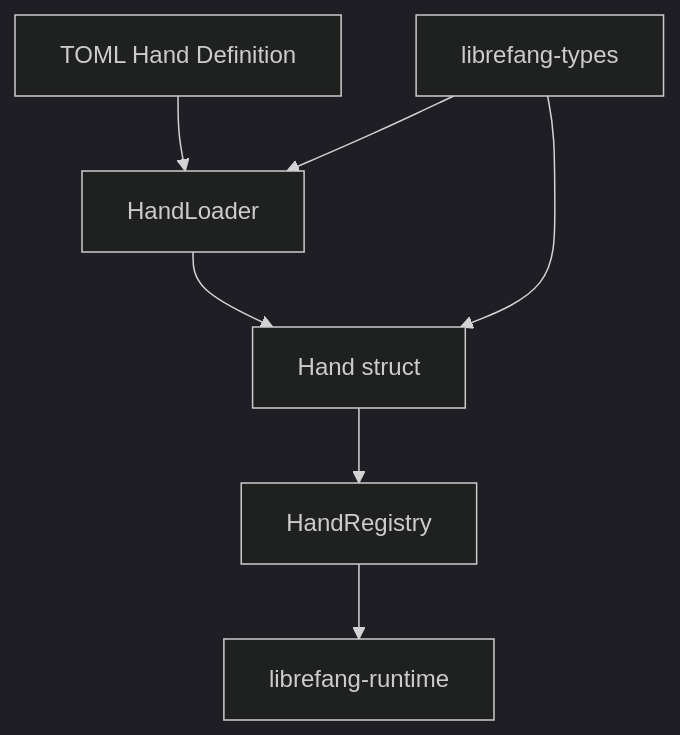
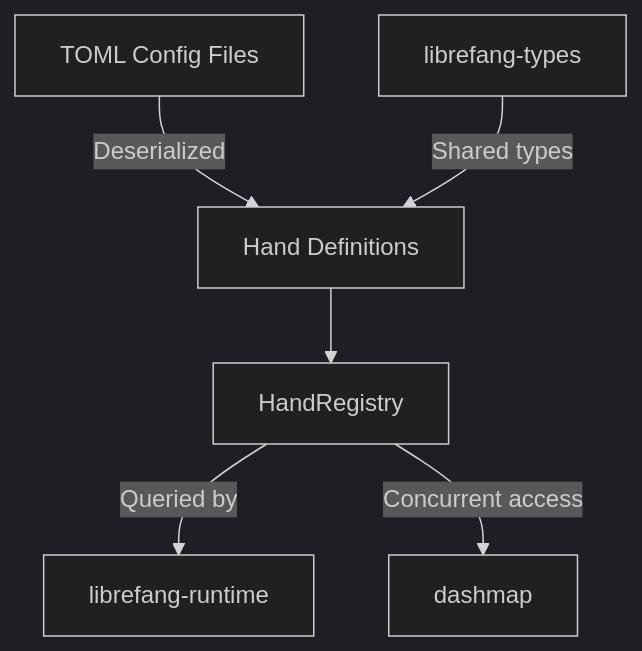
Before and after one commit to leszek3737/librefang-WIki: the diagram in other-librefang-hands.md, drawn with Mermaid (dark theme). The commit also changed other lines of this file and 126 other files, not shown here.

````diff
--- a/other-librefang-hands.md
+++ b/other-librefang-hands.md
@@ -15,9 +15,8 @@
 ```mermaid
 graph TD
-    A[TOML Hand Definition] --> B[HandLoader]
-    B --> C[Hand struct]
-    C --> D[HandRegistry]
-    D --> E[librefang-runtime]
-    F[librefang-types] --> B
-    F --> C
+    A[TOML Config Files] -->|Deserialized| B[Hand Definitions]
+    B --> C[HandRegistry]
+    C -->|Queried by| D[librefang-runtime]
+    E[librefang-types] -->|Shared types| B
+    C -->|Concurrent access| F[dashmap]
 ```
````
